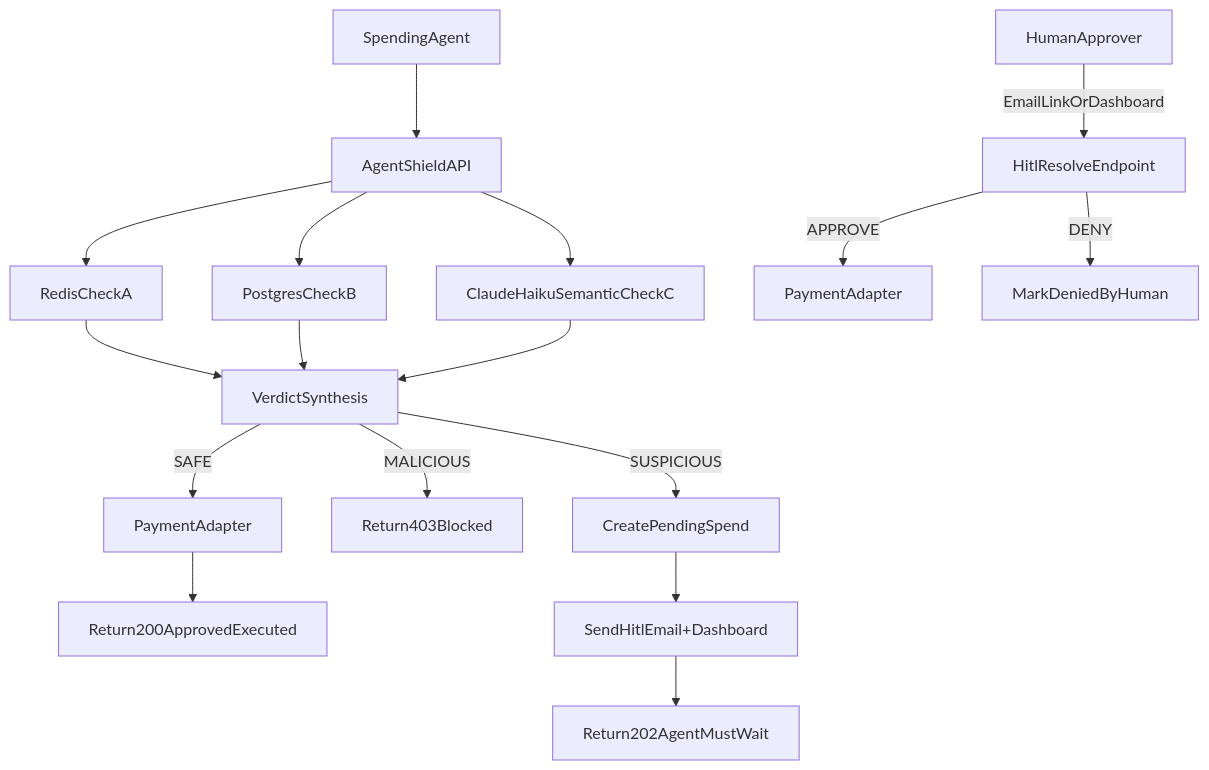
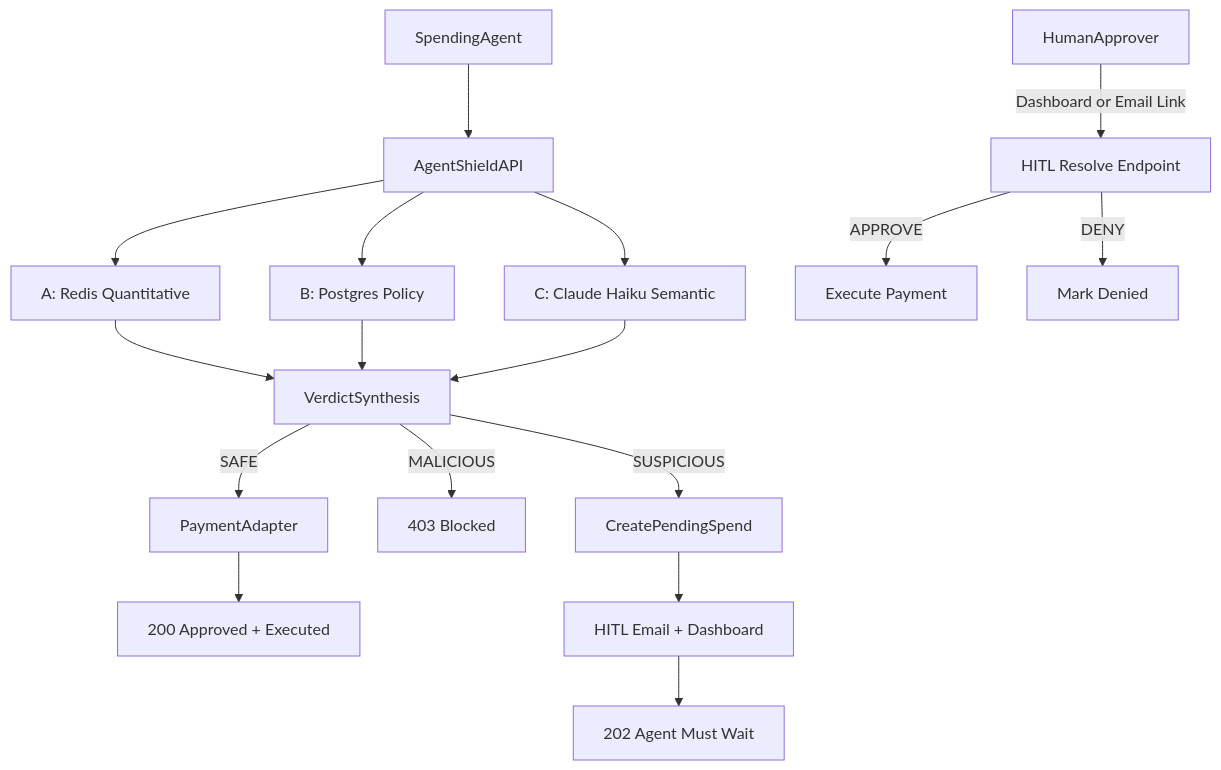
The diagram in README.md (lucarizzo03/AgentShieldv2), drawn with Mermaid before and after one commit. The commit also changed other lines of this file and 1 other file, not shown here.

````diff
--- a/README.md
+++ b/README.md
@@ -72,19 +25,19 @@
 ```mermaid
 flowchart TD
     agent[SpendingAgent] --> firewall[AgentShieldAPI]
-    firewall --> checkA[RedisCheckA]
-    firewall --> checkB[PostgresCheckB]
-    firewall --> checkC[ClaudeHaikuSemanticCheckC]
+    firewall --> checkA[A: Redis Quantitative]
+    firewall --> checkB[B: Postgres Policy]
+    firewall --> checkC[C: Claude Haiku Semantic]
     checkA --> synth[VerdictSynthesis]
     checkB --> synth
     checkC --> synth
     synth -->|SAFE| pay[PaymentAdapter]
-    pay --> ok200[Return200ApprovedExecuted]
-    synth -->|MALICIOUS| deny403[Return403Blocked]
+    pay --> ok200[200 Approved + Executed]
+    synth -->|MALICIOUS| deny403[403 Blocked]
     synth -->|SUSPICIOUS| pending[CreatePendingSpend]
-    pending --> email[SendHitlEmail+Dashboard]
-    email --> resp202[Return202AgentMustWait]
-    human[HumanApprover] -->|EmailLinkOrDashboard| resolve[HitlResolveEndpoint]
-    resolve -->|APPROVE| pay2[PaymentAdapter]
-    resolve -->|DENY| denyHuman[MarkDeniedByHuman]
+    pending --> email[HITL Email + Dashboard]
+    email --> resp202[202 Agent Must Wait]
+    human[HumanApprover] -->|Dashboard or Email Link| resolve[HITL Resolve Endpoint]
+    resolve -->|APPROVE| pay2[Execute Payment]
+    resolve -->|DENY| denyHuman[Mark Denied]
 ```
````
